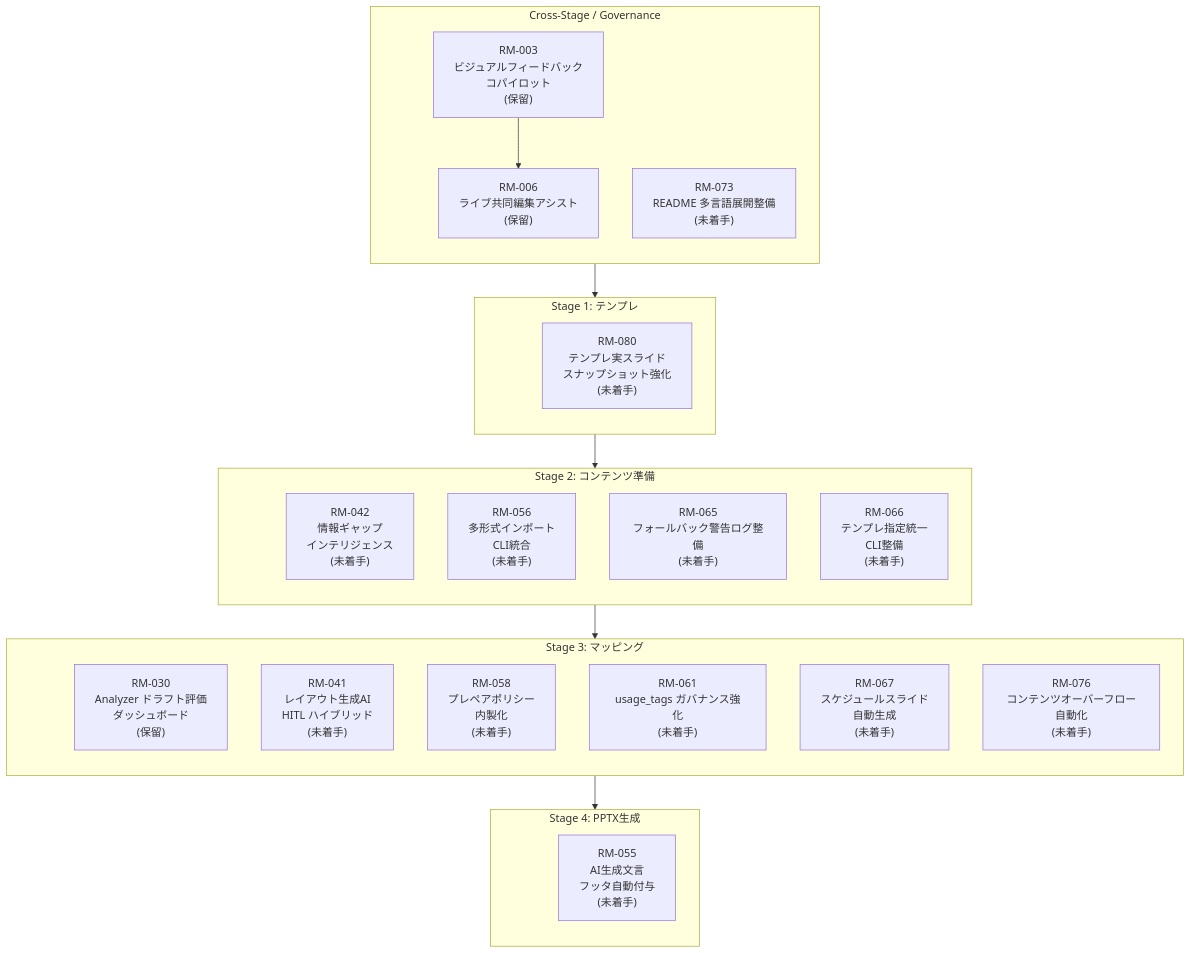
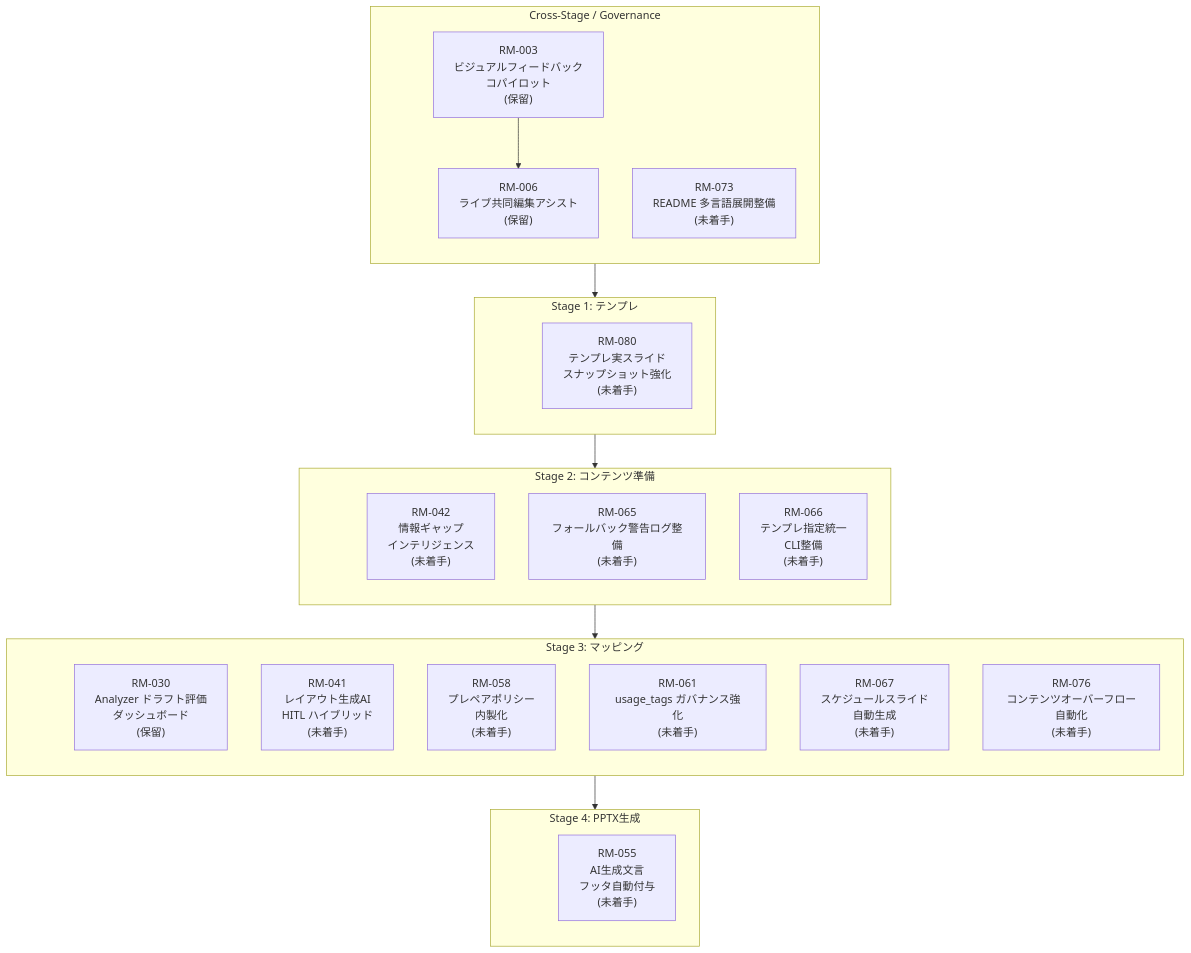
One commit to yurake/pptx_generator changed the diagram in docs/roadmap/roadmap.md. Above: the diagram before and after it, drawn with Mermaid. The commit also changed other lines of this file and 2 other files, not shown here.

````diff
--- a/docs/roadmap/roadmap.md
+++ b/docs/roadmap/roadmap.md
@@ -25,52 +25,51 @@
 ```mermaid
 flowchart TB
     subgraph GOV["Cross-Stage / Governance"]
         direction TB
         GOV_ANCHOR(( ))
         RM003["RM-003<br/>ビジュアルフィードバック<br/>コパイロット<br/>(保留)"]
         RM006["RM-006<br/>ライブ共同編集アシスト<br/>(保留)"]
         RM073["RM-073<br/>README 多言語展開整備<br/>(未着手)"]
     end
 
     subgraph ST1["Stage 1: テンプレ"]
         direction TB
         ST1_ANCHOR(( ))
         RM080["RM-080<br/>テンプレ実スライド<br/>スナップショット強化<br/>(未着手)"]
     end
 
     subgraph ST2["Stage 2: コンテンツ準備"]
         direction TB
         ST2_ANCHOR(( ))
         RM042["RM-042<br/>情報ギャップ<br/>インテリジェンス<br/>(未着手)"]
-        RM056["RM-056<br/>多形式インポート<br/>CLI統合<br/>(未着手)"]
         RM065["RM-065<br/>フォールバック警告ログ整備<br/>(未着手)"]
         RM066["RM-066<br/>テンプレ指定統一<br/>CLI整備<br/>(未着手)"]
     end
 
     subgraph ST3["Stage 3: マッピング"]
         direction TB
         ST3_ANCHOR(( ))
         RM030["RM-030<br/>Analyzer ドラフト評価<br/>ダッシュボード<br/>(保留)"]
         RM041["RM-041<br/>レイアウト生成AI<br/>HITL ハイブリッド<br/>(未着手)"]
         RM058["RM-058<br/>プレペアポリシー<br/>内製化<br/>(未着手)"]
         RM061["RM-061<br/>usage_tags ガバナンス強化<br/>(未着手)"]
         RM067["RM-067<br/>スケジュールスライド<br/>自動生成<br/>(未着手)"]
         RM076["RM-076<br/>コンテンツオーバーフロー自動化<br/>(未着手)"]
     end
 
     subgraph ST4["Stage 4: PPTX生成"]
         direction TB
         ST4_ANCHOR(( ))
         RM055["RM-055<br/>AI生成文言<br/>フッタ自動付与<br/>(未着手)"]
     end
 
     style GOV_ANCHOR fill:transparent,stroke:transparent
     style ST1_ANCHOR fill:transparent,stroke:transparent
     style ST2_ANCHOR fill:transparent,stroke:transparent
     style ST3_ANCHOR fill:transparent,stroke:transparent
     style ST4_ANCHOR fill:transparent,stroke:transparent
 
     GOV_ANCHOR --> ST1_ANCHOR --> ST2_ANCHOR --> ST3_ANCHOR --> ST4_ANCHOR
 
     RM003 --> RM006
 ```
````
